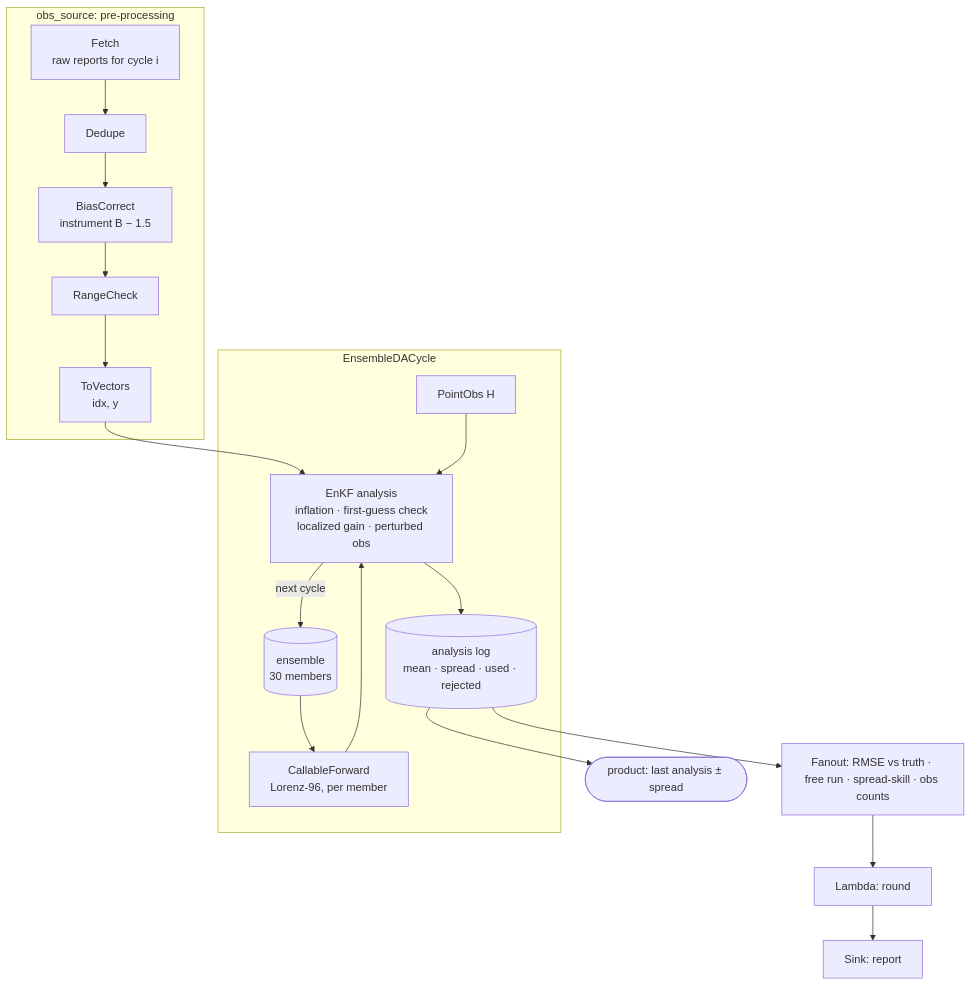
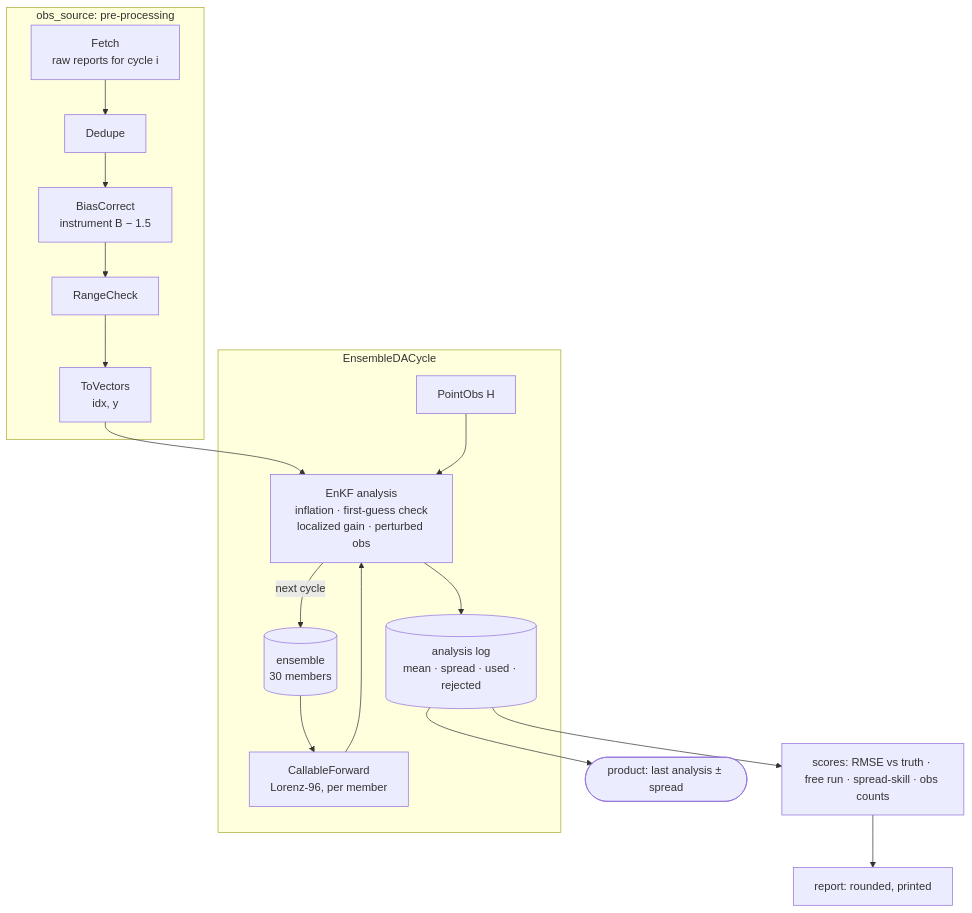
Before and after one commit to jejjohnson/pipekit: the diagram in docs/tutorials/ensemble-da.md, drawn with Mermaid. The commit also changed other lines of this file and 5 other files, not shown here.

````diff
--- a/docs/tutorials/ensemble-da.md
+++ b/docs/tutorials/ensemble-da.md
@@ -24,17 +24,17 @@
 ```mermaid
 flowchart TD
     subgraph obs ["obs_source: pre-processing"]
         FE[Fetch<br/>raw reports for cycle i] --> DD[Dedupe] --> BC[BiasCorrect<br/>instrument B − 1.5] --> RC[RangeCheck] --> TV[ToVectors<br/>idx, y]
     end
     subgraph cyc ["EnsembleDACycle"]
         M[(ensemble<br/>30 members)] --> FM[CallableForward<br/>Lorenz-96, per member]
         FM --> AN[EnKF analysis<br/>inflation · first-guess check<br/>localized gain · perturbed obs]
         TV --> AN
         H[PointObs H] --> AN
         AN -->|next cycle| M
         AN --> LOG[(analysis log<br/>mean · spread · used · rejected)]
     end
-    LOG --> FO[Fanout: RMSE vs truth · free run · spread-skill · obs counts]
-    FO --> RD[Lambda: round] --> SK[Sink: report]
+    LOG --> SC[scores: RMSE vs truth · free run · spread-skill · obs counts]
+    SC --> RP[report: rounded, printed]
     LOG --> PR([product: last analysis ± spread])
 ```
````
